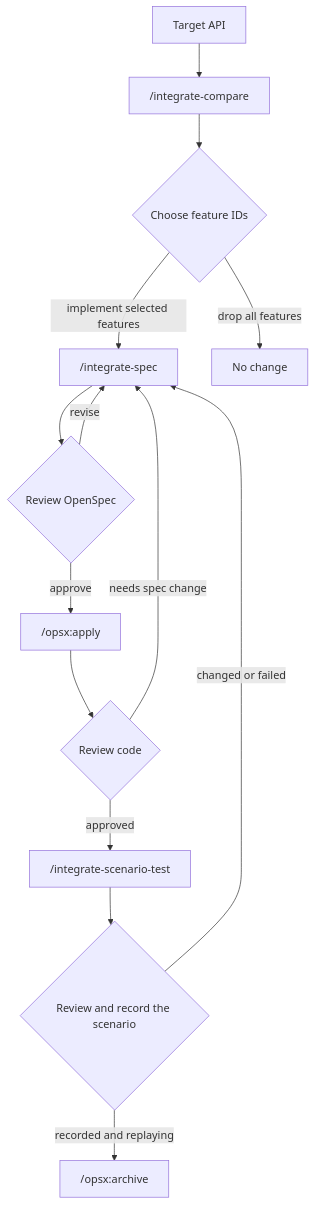
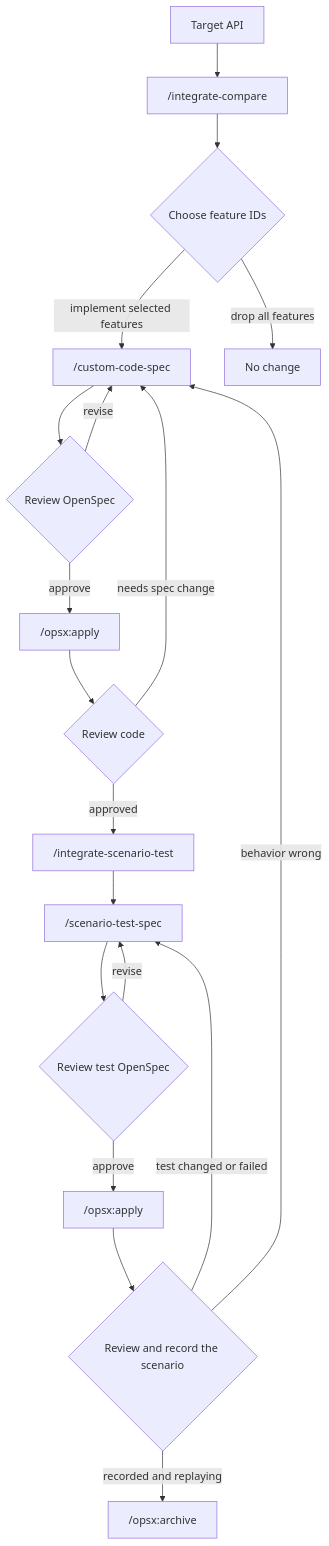
One commit to Azure/azclips changed the diagram in eng-docs/howto/integrate-custom-code-agent.md. Above: the diagram before and after it, drawn with Mermaid. The commit also changed other lines of this file and 9 other files, not shown here.

Commit message:
decouple custom code and scenario test

````diff
--- a/eng-docs/howto/integrate-custom-code-agent.md
+++ b/eng-docs/howto/integrate-custom-code-agent.md
@@ -32,16 +33,21 @@
 ```mermaid
 flowchart TD
     A[Target API] --> B["/integrate-compare"]
     B --> C{Choose feature IDs}
-    C -->|implement selected features| D["/integrate-spec"]
+    C -->|implement selected features| D["/custom-code-spec"]
     C -->|drop all features| X[No change]
     D --> E{Review OpenSpec}
     E -->|approve| F["/opsx:apply"]
     E -->|revise| D
     F --> G{Review code}
     G -->|approved| H["/integrate-scenario-test"]
     G -->|needs spec change| D
-    H --> I{Review and record the scenario}
+    H --> L["/scenario-test-spec"]
+    L --> M{Review test OpenSpec}
+    M -->|approve| N["/opsx:apply"]
+    M -->|revise| L
+    N --> I{Review and record the scenario}
     I -->|recorded and replaying| J["/opsx:archive"]
-    I -->|changed or failed| D
+    I -->|test changed or failed| L
+    I -->|behavior wrong| D
 ```
````
